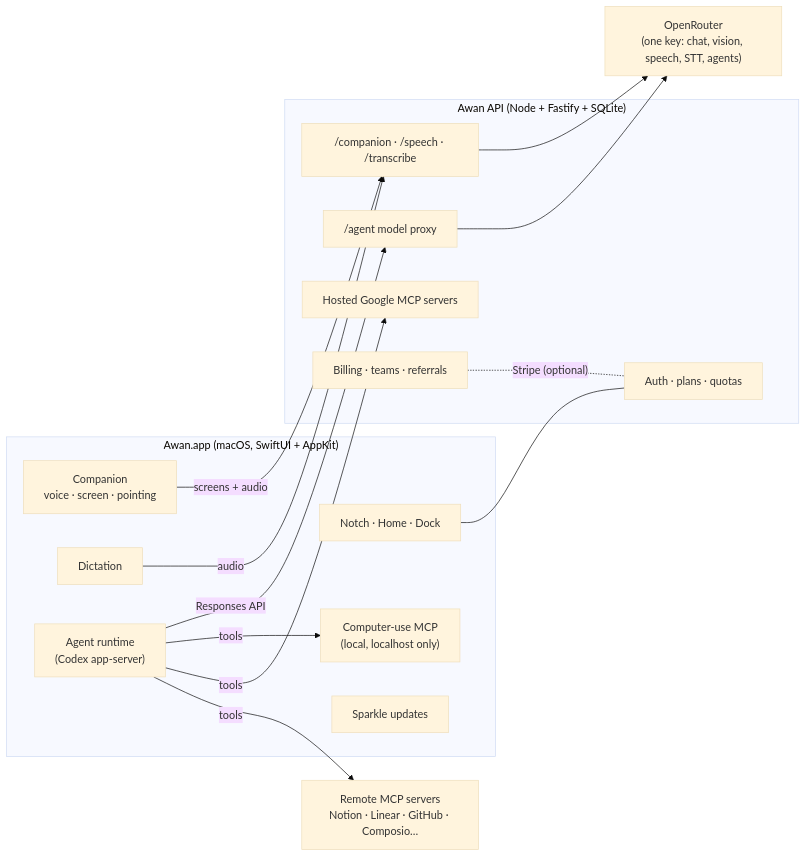
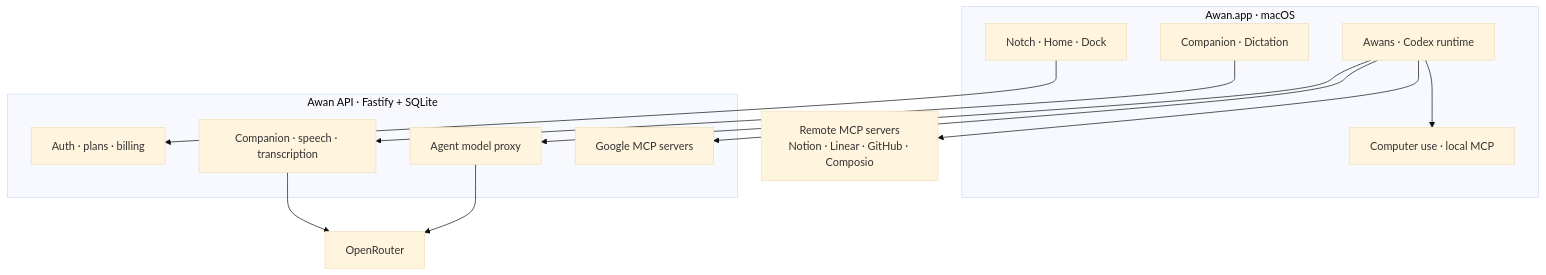
The diagram in README.md (Aphrosidiac/HaiAwan), drawn with Mermaid (base theme) before and after one commit.

Commit message:
README: simpler top-down architecture diagram

````diff
--- a/README.md
+++ b/README.md
@@ -113,31 +113,24 @@
 ```mermaid
-flowchart LR
-    subgraph Mac["Awan.app (macOS, SwiftUI + AppKit)"]
-        N["Notch · Home · Dock"]
-        C["Companion<br/>voice · screen · pointing"]
-        D["Dictation"]
-        R["Agent runtime<br/>(Codex app-server)"]
-        CU["Computer-use MCP<br/>(local, localhost only)"]
-        S["Sparkle updates"]
+flowchart TB
+    subgraph app["Awan.app · macOS"]
+        notch["Notch · Home · Dock"]
+        voice["Companion · Dictation"]
+        awans["Awans · Codex runtime"]
+        cu["Computer use · local MCP"]
     end
-    subgraph API["Awan API (Node + Fastify + SQLite)"]
-        AU["Auth · plans · quotas"]
-        CO["/companion · /speech · /transcribe"]
-        AP["/agent model proxy"]
-        MCP["Hosted Google MCP servers"]
-        BI["Billing · teams · referrals"]
+    subgraph api["Awan API · Fastify + SQLite"]
+        core["Auth · plans · billing"]
+        speech["Companion · speech · transcription"]
+        proxy["Agent model proxy"]
+        gmcp["Google MCP servers"]
     end
-    OR["OpenRouter<br/>(one key: chat, vision, speech, STT, agents)"]
-    EXT["Remote MCP servers<br/>Notion · Linear · GitHub · Composio…"]
+    or["OpenRouter"]
+    ext["Remote MCP servers<br/>Notion · Linear · GitHub · Composio"]
 
-    C -- "screens + audio" --> CO
-    D -- audio --> CO
-    R -- "Responses API" --> AP
-    R -- tools --> CU
-    R -- tools --> MCP
-    R -- tools --> EXT
-    CO --> OR
-    AP --> OR
-    N --- AU
-    BI -. "Stripe (optional)" .- AU
+    notch --> core
+    voice --> speech --> or
+    awans --> proxy --> or
+    awans --> cu
+    awans --> gmcp
+    awans --> ext
 ```
````
